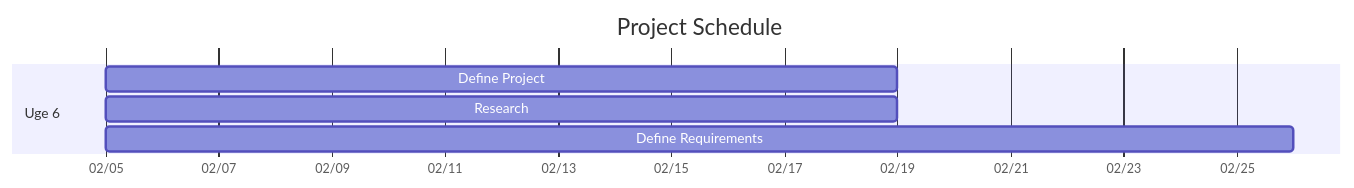
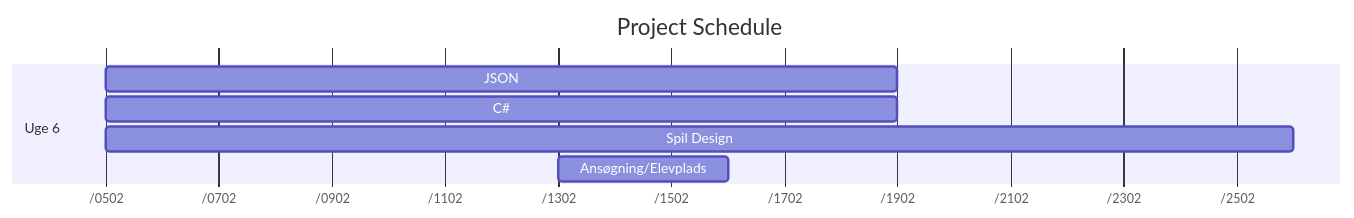
Before and after one commit to Napow-git/TEC-P1: the diagram in README.md, drawn with Mermaid.

````diff
--- a/README.md
+++ b/README.md
@@ -3,23 +3,25 @@
 ```mermaid
 
 gantt
 
     title Project Schedule
 
     dateFormat DD-MM-YYYY
 
-    axisFormat %m/%d
+    axisFormat /%d%m
 
  
 
     section Uge 6
 
-    Define Project : 05-02-2024, 14d
+    JSON : 05-02-2024, 14d
 
-    Research : 05-02-2024, 14d
+    C#: 05-02-2024, 14d
 
-    Define Requirements : 05-02-2024, 21d
+    Spil Design: 05-02-2024, 21d
+
+    Ansøgning/Elevplads: 13-02-2024, 3d
 
  
 
 ```
````
